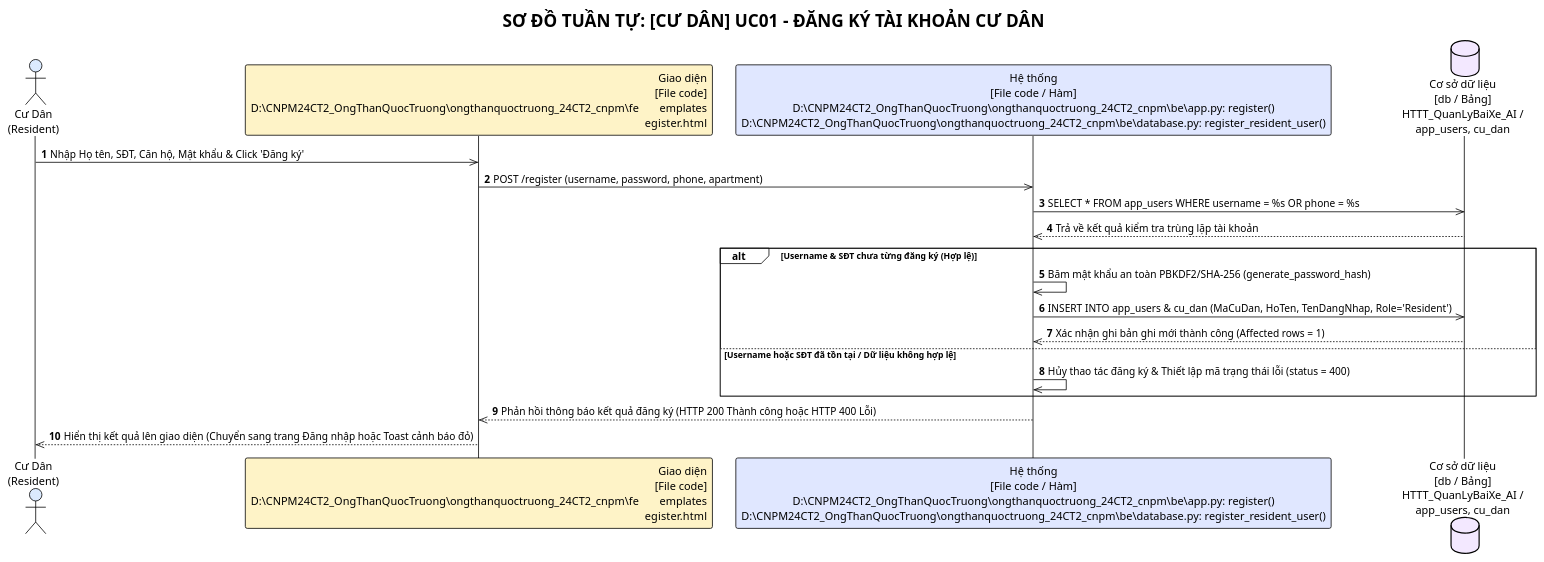
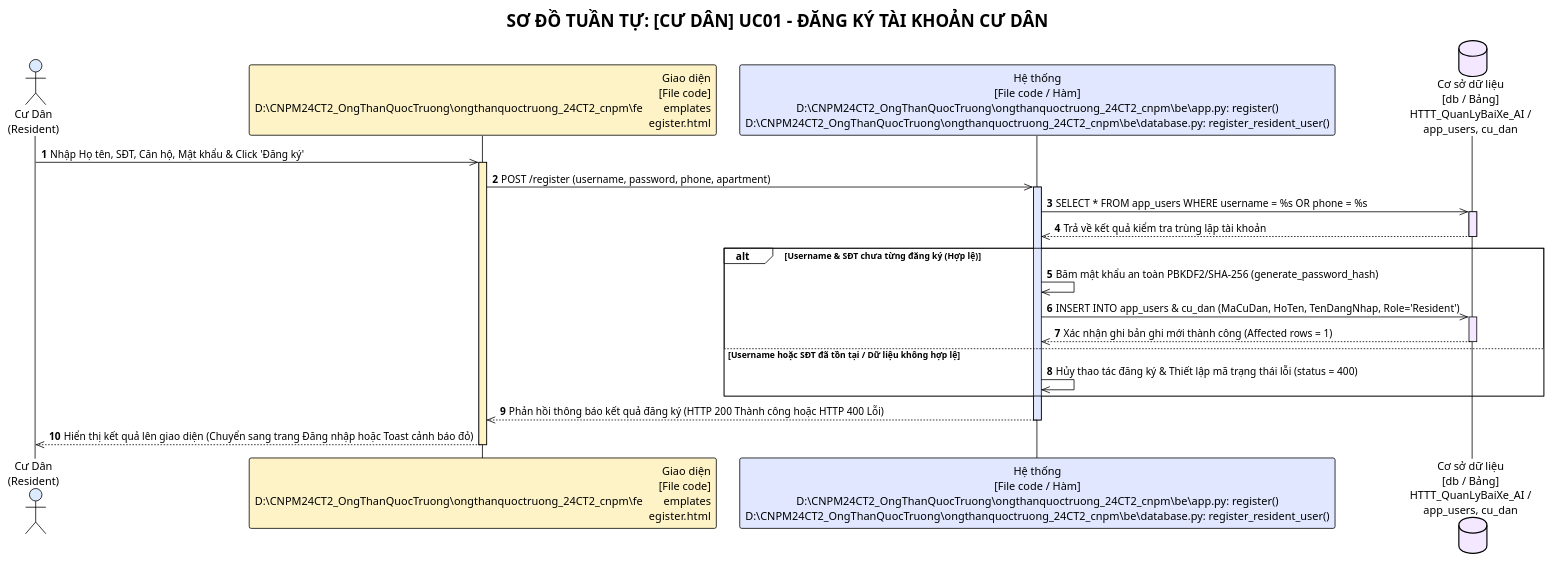
Before and after one commit to Truong027/CNPM24: the first of 14 diagrams in ongthanquoctruong_24CT2_cnpm/docs/SEQUENCE_DIAGRAMS.puml, drawn with PlantUML. The commit also changed other lines of this file and 17 other files, not shown here.

Commit message:
docs: add activation bars for execution lifelines across all sequence diagrams

```diff
--- a/ongthanquoctruong_24CT2_cnpm/docs/SEQUENCE_DIAGRAMS.puml
+++ b/ongthanquoctruong_24CT2_cnpm/docs/SEQUENCE_DIAGRAMS.puml
@@ -12,28 +13,36 @@
 @startuml uc01_resident_register
 !theme plain
 title SƠ ĐỒ TUẦN TỰ: [CƯ DÂN] UC01 - ĐĂNG KÝ TÀI KHOẢN CƯ DÂN
 autonumber
 
 actor "Cư Dân\n(Resident)" as Actor #DBEAFE
 participant "Giao diện\n[File code]\nD:\CNPM24CT2_OngThanQuocTruong\ongthanquoctruong_24CT2_cnpm\fe\templates\register.html" as UI #FEF3C7
 participant "Hệ thống\n[File code / Hàm]\nD:\CNPM24CT2_OngThanQuocTruong\ongthanquoctruong_24CT2_cnpm\be\app.py: register()\nD:\CNPM24CT2_OngThanQuocTruong\ongthanquoctruong_24CT2_cnpm\be\database.py: register_resident_user()" as Sys #E0E7FF
 database "Cơ sở dữ liệu\n[db / Bảng]\nHTTT_QuanLyBaiXe_AI /\napp_users, cu_dan" as DB #F3E8FF
 
 Actor ->> UI: Nhập Họ tên, SĐT, Căn hộ, Mật khẩu & Click 'Đăng ký'
+activate UI #FEF3C7
 UI ->> Sys: POST /register (username, password, phone, apartment)
+activate Sys #E0E7FF
 Sys ->> DB: SELECT * FROM app_users WHERE username = %s OR phone = %s
+activate DB #F3E8FF
 DB -->> Sys: Trả về kết quả kiểm tra trùng lặp tài khoản
+deactivate DB
 
 ' Khung alt chỉ kiểm tra điều kiện trong Hệ thống và Cơ sở dữ liệu
 alt Username & SĐT chưa từng đăng ký (Hợp lệ)
     Sys ->> Sys: Băm mật khẩu an toàn PBKDF2/SHA-256 (generate_password_hash)
     Sys ->> DB: INSERT INTO app_users & cu_dan (MaCuDan, HoTen, TenDangNhap, Role='Resident')
+    activate DB #F3E8FF
     DB -->> Sys: Xác nhận ghi bản ghi mới thành công (Affected rows = 1)
+    deactivate DB
 else Username hoặc SĐT đã tồn tại / Dữ liệu không hợp lệ
     Sys ->> Sys: Hủy thao tác đăng ký & Thiết lập mã trạng thái lỗi (status = 400)
 end
 
 Sys -->> UI: Phản hồi thông báo kết quả đăng ký (HTTP 200 Thành công hoặc HTTP 400 Lỗi)
+deactivate Sys
 UI -->> Actor: Hiển thị kết quả lên giao diện (Chuyển sang trang Đăng nhập hoặc Toast cảnh báo đỏ)
+deactivate UI
 
 @enduml
```
